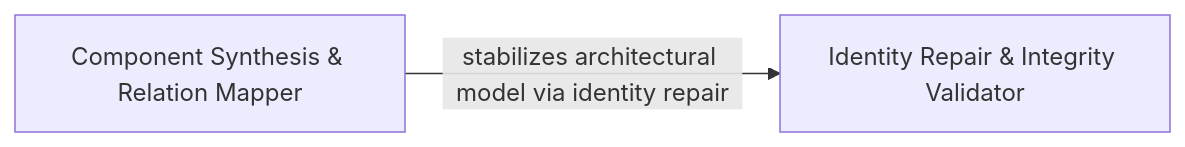
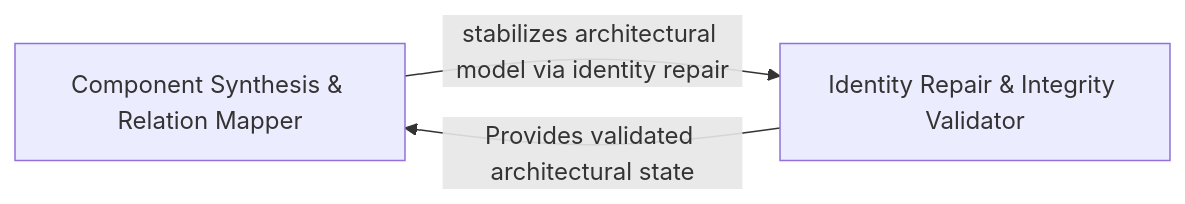
Before and after one commit to CodeBoarding/CodeBoarding: the diagram in .codeboarding/Architectural_Abstraction_Identity_Resolver.md, drawn with Mermaid. The commit also changed other lines of this file and 27 other files, not shown here.

Commit message:
chore(codeboarding): sync architecture baseline

````diff
--- a/.codeboarding/Architectural_Abstraction_Identity_Resolver.md
+++ b/.codeboarding/Architectural_Abstraction_Identity_Resolver.md
@@ -1,6 +1,7 @@
 ```mermaid
 graph LR
     Component_Synthesis_Relation_Mapper["Component Synthesis & Relation Mapper"]
     Identity_Repair_Integrity_Validator["Identity Repair & Integrity Validator"]
     Component_Synthesis_Relation_Mapper -- "stabilizes architectural model via identity repair" --> Identity_Repair_Integrity_Validator
+    Identity_Repair_Integrity_Validator -- "Provides validated architectural state" --> Component_Synthesis_Relation_Mapper
 ```
````
